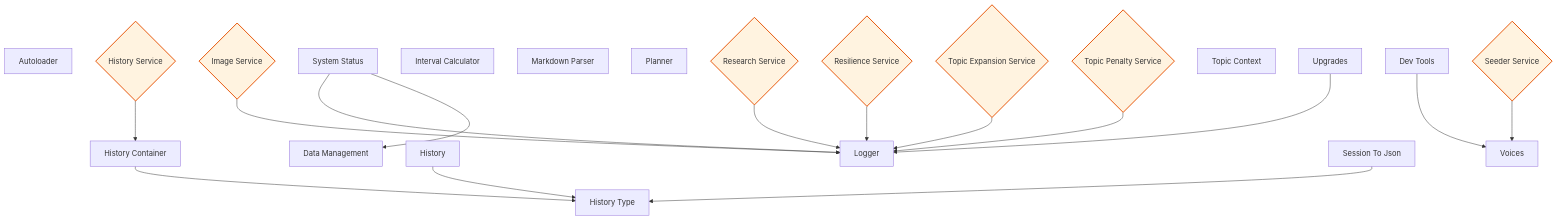
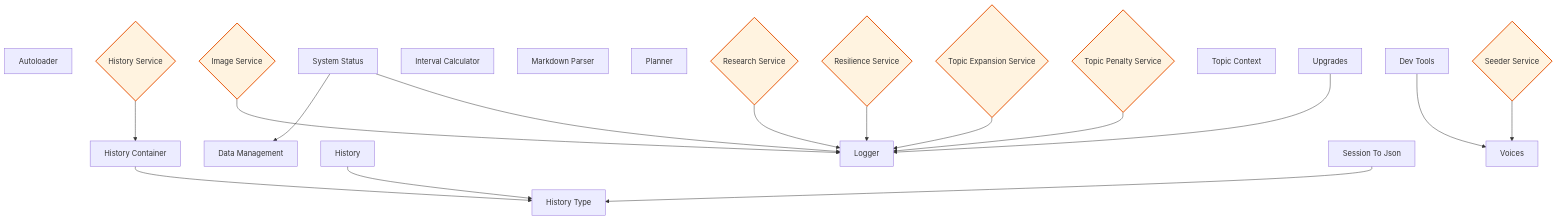
Before and after one commit to rpnunez/wp-ai-scheduler: the tenth of 10 diagrams in docs/feature-report.md, drawn with Mermaid. The commit also changed other lines of this file, not shown here.

````diff
--- a/docs/feature-report.md
+++ b/docs/feature-report.md
@@ -411,47 +421,47 @@
 ```mermaid
 flowchart TD
     %% Utilities Architecture
 
     Autoloader["Autoloader"]
     Data_Management["Data Management"]
     Dev_Tools["Dev Tools"]
     History_Container["History Container"]
     History_Service{"History Service"}
     History_Type["History Type"]
     History["History"]
     Image_Service{"Image Service"}
     Interval_Calculator["Interval Calculator"]
     Logger["Logger"]
     Markdown_Parser["Markdown Parser"]
     Planner["Planner"]
     Research_Service{"Research Service"}
     Resilience_Service{"Resilience Service"}
     Seeder_Service{"Seeder Service"}
     Session_To_JSON["Session To Json"]
     System_Status["System Status"]
     Topic_Context["Topic Context"]
     Topic_Expansion_Service{"Topic Expansion Service"}
     Topic_Penalty_Service{"Topic Penalty Service"}
     Upgrades["Upgrades"]
     Voices["Voices"]
 
     Dev_Tools --> Voices
     History_Container --> History_Type
     History_Service --> History_Container
     History --> History_Type
     Image_Service --> Logger
     Research_Service --> Logger
     Resilience_Service --> Logger
     Seeder_Service --> Voices
     Session_To_JSON --> History_Type
+    System_Status --> Data_Management
     System_Status --> Logger
-    System_Status --> Data_Management
     Topic_Expansion_Service --> Logger
     Topic_Penalty_Service --> Logger
     Upgrades --> Logger
 
     classDef repository fill:#e1f5ff,stroke:#01579b,stroke-width:2px
     classDef service fill:#fff3e0,stroke:#e65100,stroke-width:2px
     classDef controller fill:#f3e5f5,stroke:#4a148c,stroke-width:2px
     class History_Service,Image_Service,Research_Service,Resilience_Service,Seeder_Service,Topic_Expansion_Service,Topic_Penalty_Service service
 ```
````
